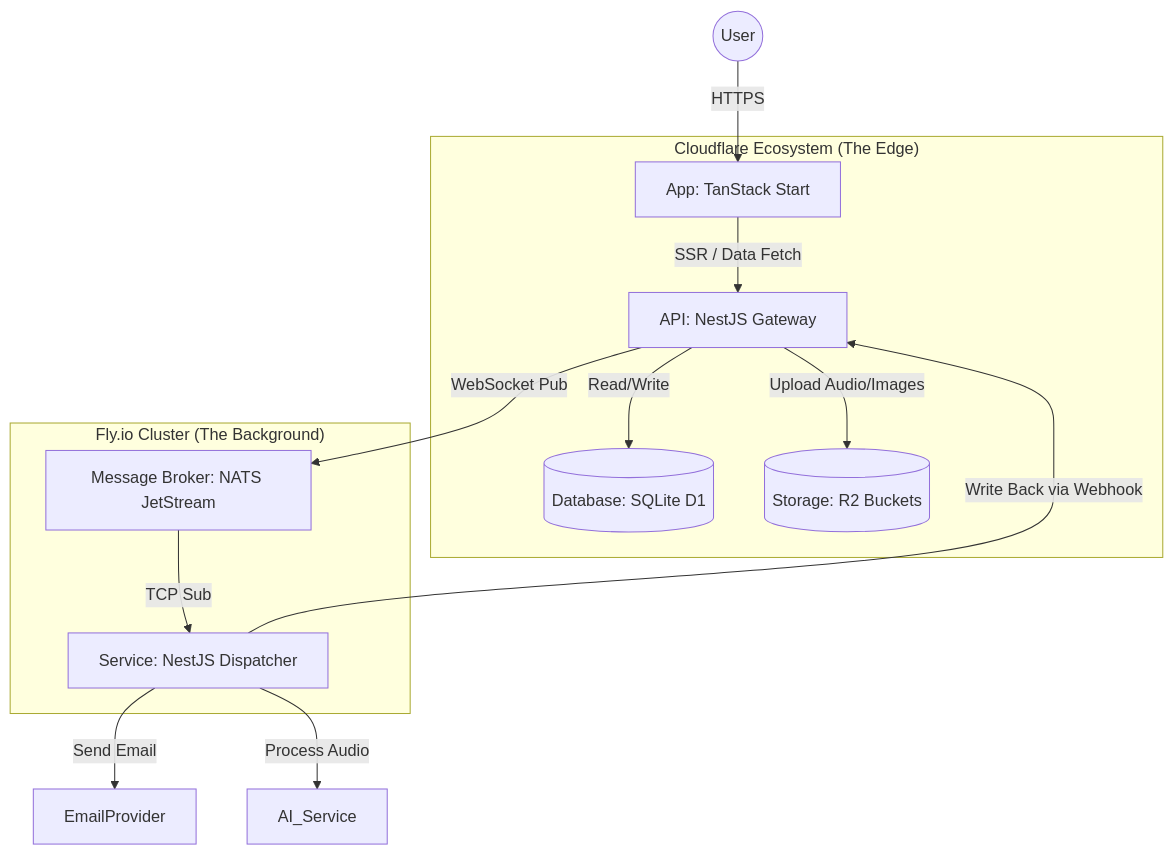
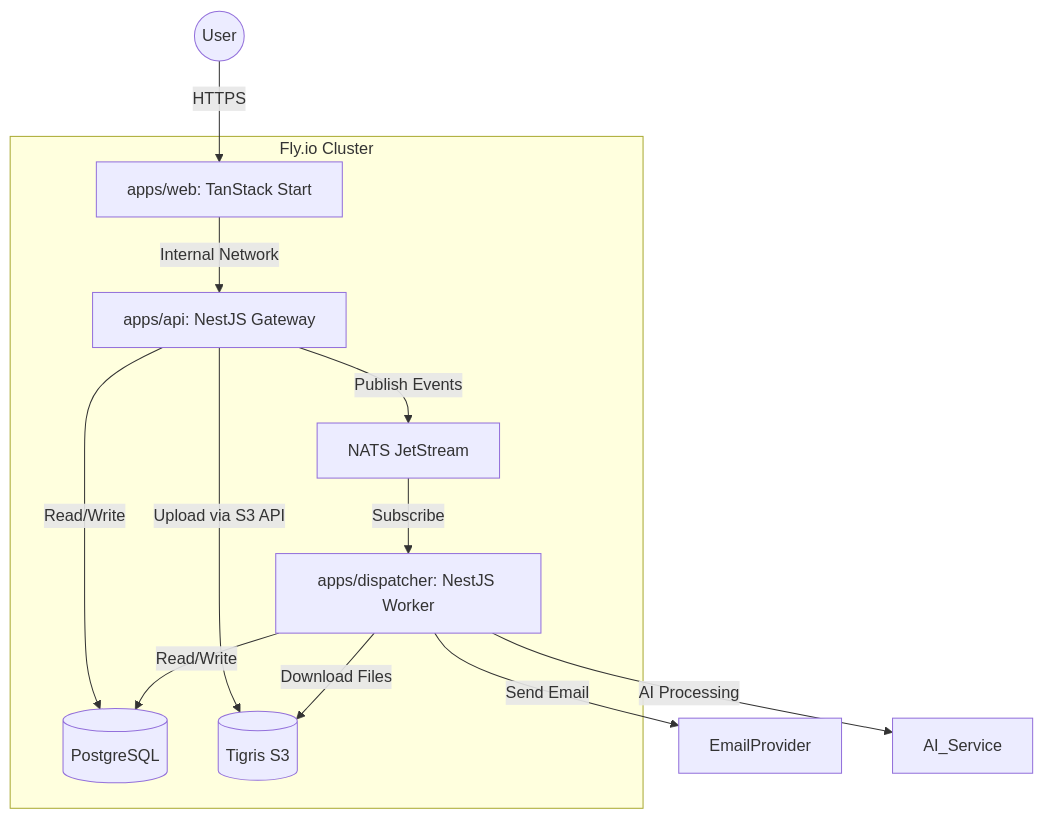
Before and after one commit to abdihashii/haven: the second of 3 diagrams in docs/architecture.md, drawn with Mermaid. The commit also changed other lines of this file and 1 other file, not shown here.

Commit message:
docs: update architecture and product spec documents to reflect new system design, user flows, and technical stack changes

````diff
--- a/docs/architecture.md
+++ b/docs/architecture.md
@@ -11,31 +37,29 @@
 ```mermaid
 graph TD
     User((User))
 
-    subgraph "Cloudflare Ecosystem (The Edge)"
-        FE[App: TanStack Start]
-        API[API: NestJS Gateway]
-        D1[(Database: SQLite D1)]
-        R2[(Storage: R2 Buckets)]
-    end
-
-    subgraph "Fly.io Cluster (The Background)"
-        NATS[Message Broker: NATS JetStream]
-        Worker[Service: NestJS Dispatcher]
+    subgraph "Fly.io Cluster"
+        FE[apps/web: TanStack Start]
+        API[apps/api: NestJS Gateway]
+        DB[(PostgreSQL)]
+        Storage[(Tigris S3)]
+        NATS[NATS JetStream]
+        Worker[apps/dispatcher: NestJS Worker]
     end
 
     User -->|HTTPS| FE
-    FE -->|SSR / Data Fetch| API
+    FE -->|Internal Network| API
 
-    API -->|Read/Write| D1
-    API -->|Upload Audio/Images| R2
+    API -->|Read/Write| DB
+    API -->|Upload via S3 API| Storage
 
-    %% Event Bus Connection
-    API -->|WebSocket Pub| NATS
-    NATS -->|TCP Sub| Worker
+    %% Event Bus
+    API -->|Publish Events| NATS
+    NATS -->|Subscribe| Worker
 
     %% Worker Actions
+    Worker -->|Read/Write| DB
+    Worker -->|Download Files| Storage
     Worker -->|Send Email| EmailProvider
-    Worker -->|Process Audio| AI_Service
-    Worker -->|Write Back via Webhook| API
+    Worker -->|AI Processing| AI_Service
 ```
````
